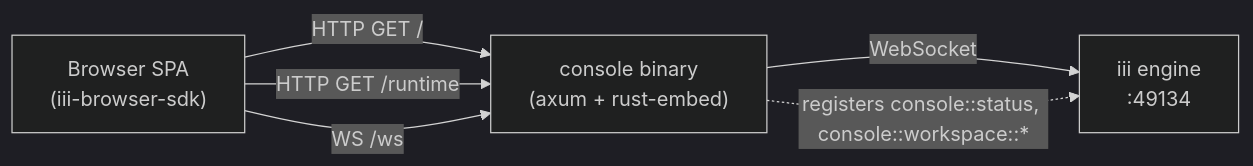
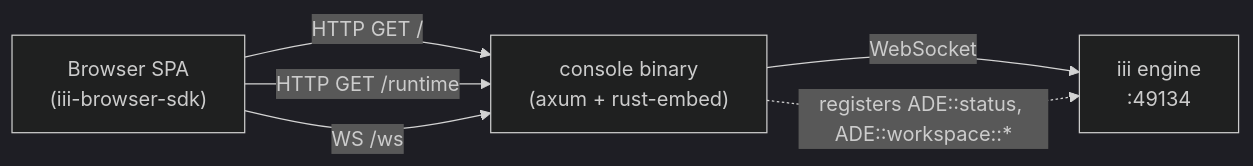
One commit to iii-hq/workers changed the diagram in ade/README.md. Above: the diagram before and after it, drawn with Mermaid (dark theme). The commit also changed other lines of this file and 124 other files, not shown here.

Commit message:
refactor(ade)!: rename console functions to ADE namespace (MOT-5611)

````diff
--- a/ade/README.md
+++ b/ade/README.md
@@ -246,8 +249,8 @@
 ```mermaid
 flowchart LR
     Browser["Browser SPA<br/>(iii-browser-sdk)"] -->|"HTTP GET /"| Console
     Browser -->|"HTTP GET /runtime"| Console
     Browser -->|"WS /ws"| Console
     Console["console binary<br/>(axum + rust-embed)"] -->|"WebSocket"| Engine["iii engine<br/>:49134"]
-    Console -. "registers console::status, console::workspace::*" .-> Engine
+    Console -. "registers ADE::status, ADE::workspace::*" .-> Engine
 ```
````
